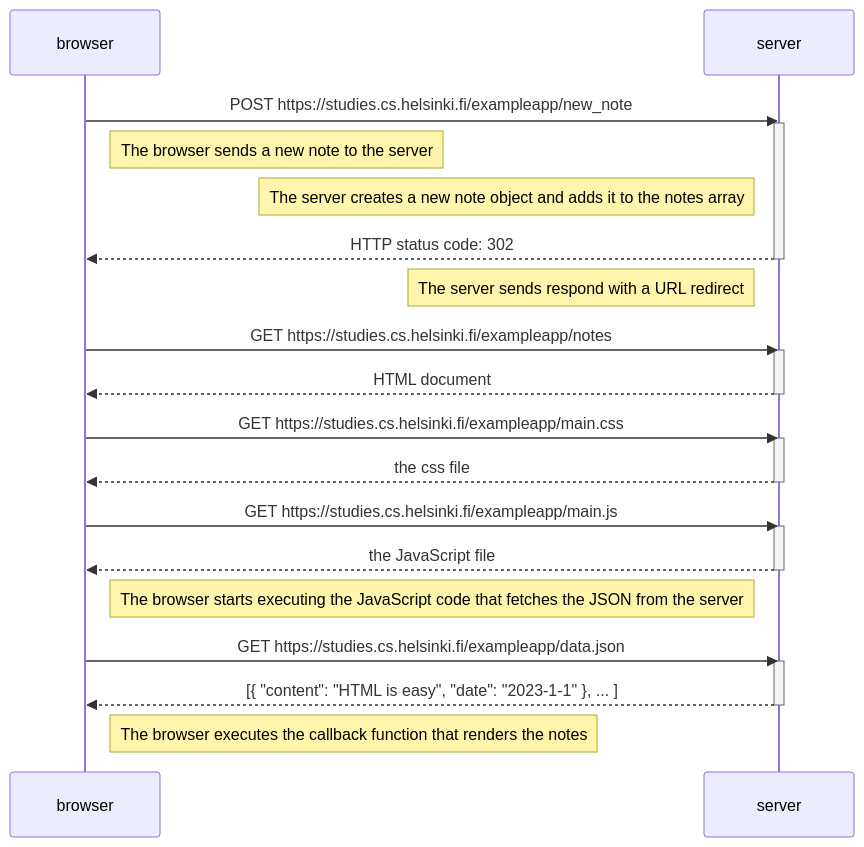
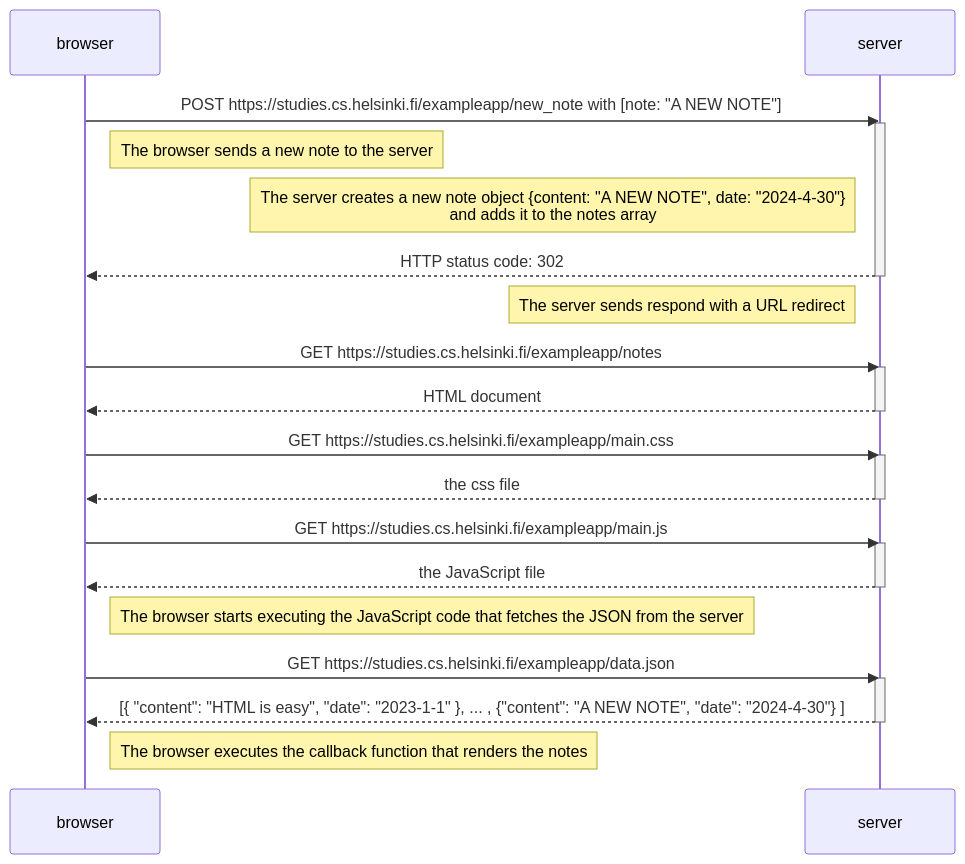
The diagram in 4_newNoteDiagram/diagram.md (AnyueWang/FSO_part0), drawn with Mermaid before and after one commit.

Commit message:
Modify 04 new note diagram

````diff
--- a/4_newNoteDiagram/diagram.md
+++ b/4_newNoteDiagram/diagram.md
@@ -1,41 +1,41 @@
 ```mermaid
 sequenceDiagram
     participant browser
     participant server
 
-    browser->>server: POST https://studies.cs.helsinki.fi/exampleapp/new_note 
+    browser->>server: POST https://studies.cs.helsinki.fi/exampleapp/new_note with [note: "A NEW NOTE"]
     activate server
 
     Note right of browser: The browser sends a new note to the server
 
-    Note left of server: The server creates a new note object and adds it to the notes array
+    Note left of server: The server creates a new note object {content: "A NEW NOTE", date: "2024-4-30"} <br/> and adds it to the notes array
 
     server-->>browser: HTTP status code: 302
     deactivate server
 
     Note left of server: The server sends respond with a URL redirect
 
     browser->>server: GET https://studies.cs.helsinki.fi/exampleapp/notes
     activate server
     server-->>browser: HTML document
     deactivate server
 
     browser->>server: GET https://studies.cs.helsinki.fi/exampleapp/main.css
     activate server
     server-->>browser: the css file
     deactivate server
 
     browser->>server: GET https://studies.cs.helsinki.fi/exampleapp/main.js
     activate server
     server-->>browser: the JavaScript file
     deactivate server
 
     Note right of browser: The browser starts executing the JavaScript code that fetches the JSON from the server
 
     browser->>server: GET https://studies.cs.helsinki.fi/exampleapp/data.json
     activate server
-    server-->>browser: [{ "content": "HTML is easy", "date": "2023-1-1" }, ... ]
+    server-->>browser: [{ "content": "HTML is easy", "date": "2023-1-1" }, ... , {"content": "A NEW NOTE", "date": "2024-4-30"} ]
     deactivate server
 
     Note right of browser: The browser executes the callback function that renders the notes
 ```
````
